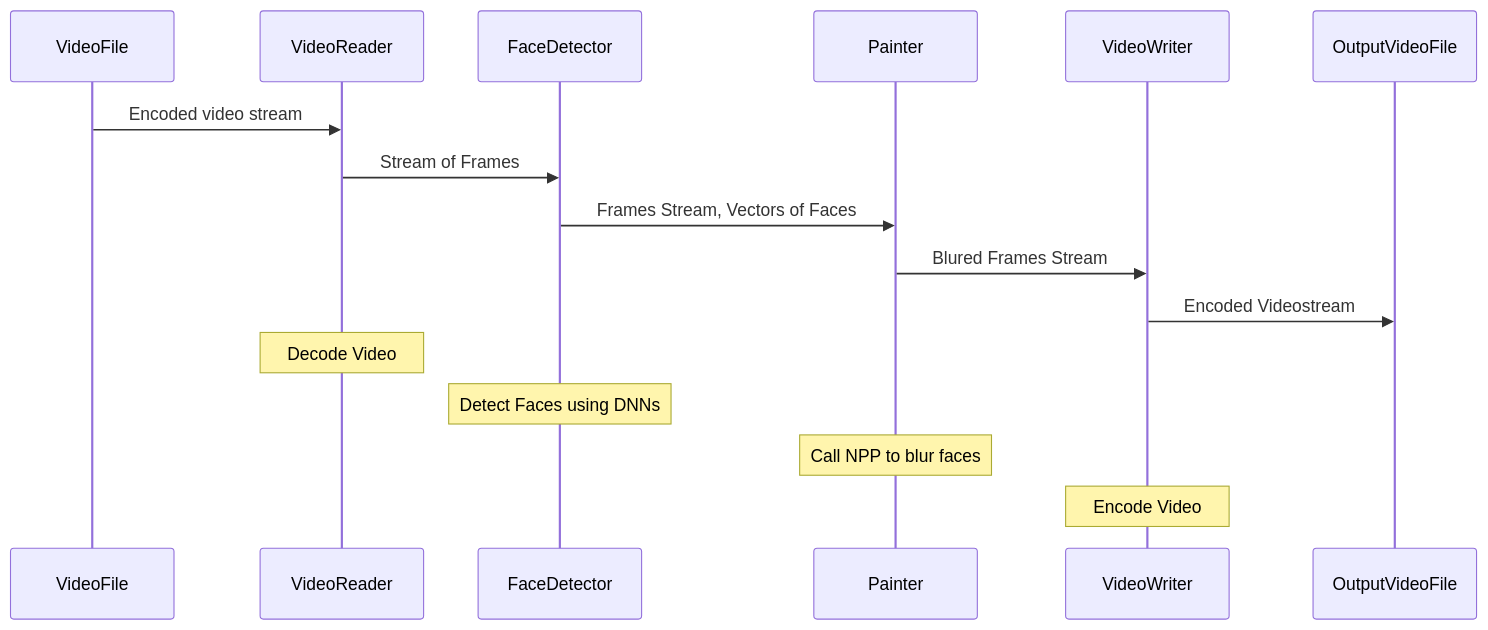
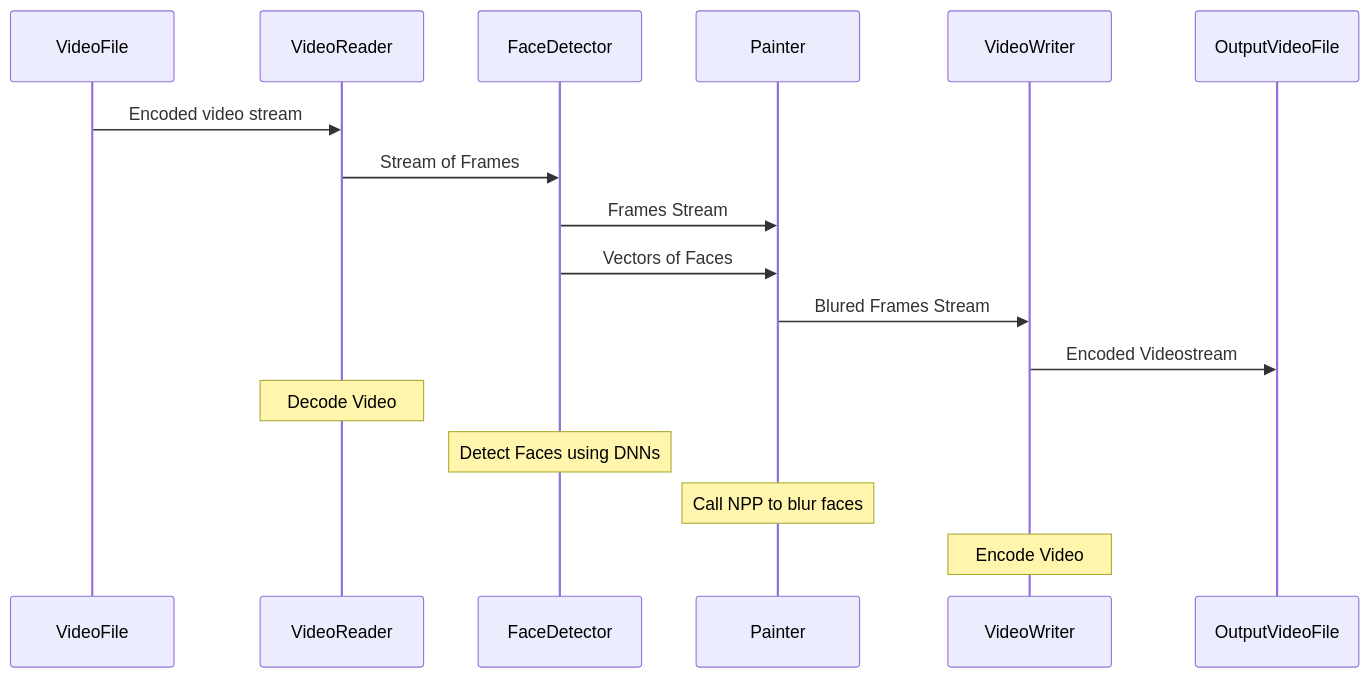
One commit to mer1in/jhGPUPSc3w5 changed the diagram in README.md. Above: the diagram before and after it, drawn with Mermaid. The commit also changed other lines of this file, not shown here.

Commit message:
WIP README.md

````diff
--- a/README.md
+++ b/README.md
@@ -20,13 +20,14 @@
 ``` mermaid
 sequenceDiagram 
 participant VideoFile
 VideoFile ->> VideoReader: Encoded video stream
 VideoReader ->> FaceDetector: Stream of Frames
-FaceDetector ->> Painter: Frames Stream, Vectors of Faces
+FaceDetector ->> Painter: Frames Stream
+FaceDetector ->> Painter: Vectors of Faces
 Painter ->> VideoWriter: Blured Frames Stream
 VideoWriter ->> OutputVideoFile: Encoded Videostream
 note over VideoReader: Decode Video
 note over FaceDetector: Detect Faces using DNNs
 note over Painter: Call NPP to blur faces
 note over VideoWriter: Encode Video
 ```
````
